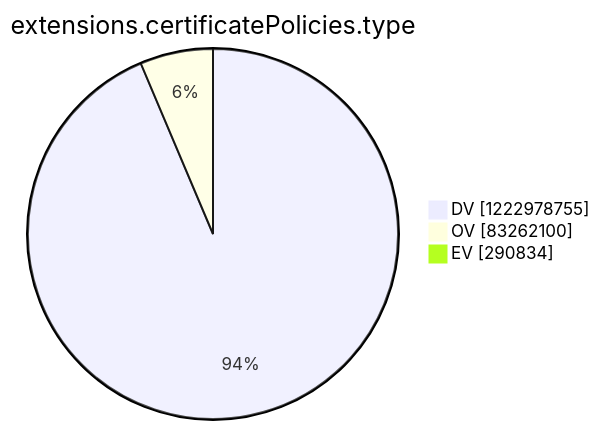
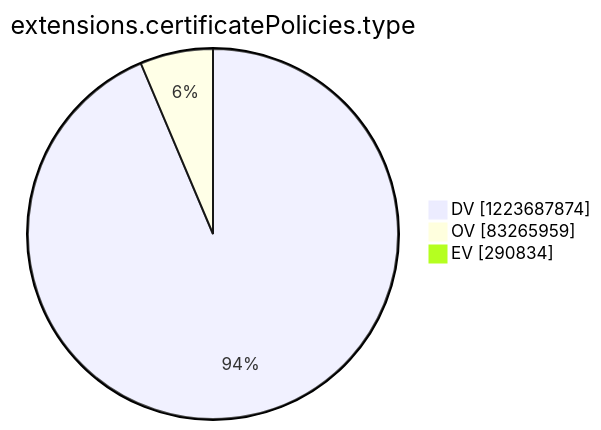
The tenth of 15 diagrams in argon2022/README.md (christiankrug/ctmonitor_visualization), drawn with Mermaid before and after one commit. The commit also changed other lines of this file, not shown here.

````diff
--- a/argon2022/README.md
+++ b/argon2022/README.md
@@ -2769,7 +2770,7 @@
 ```mermaid
 pie showData
 title extensions.certificatePolicies.type
-"DV" :1222978755
-"OV" :83262100
+"DV" :1223687874
+"OV" :83265959
 "EV" :290834
 ```
````
